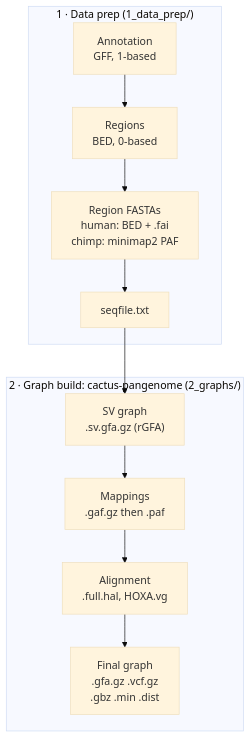
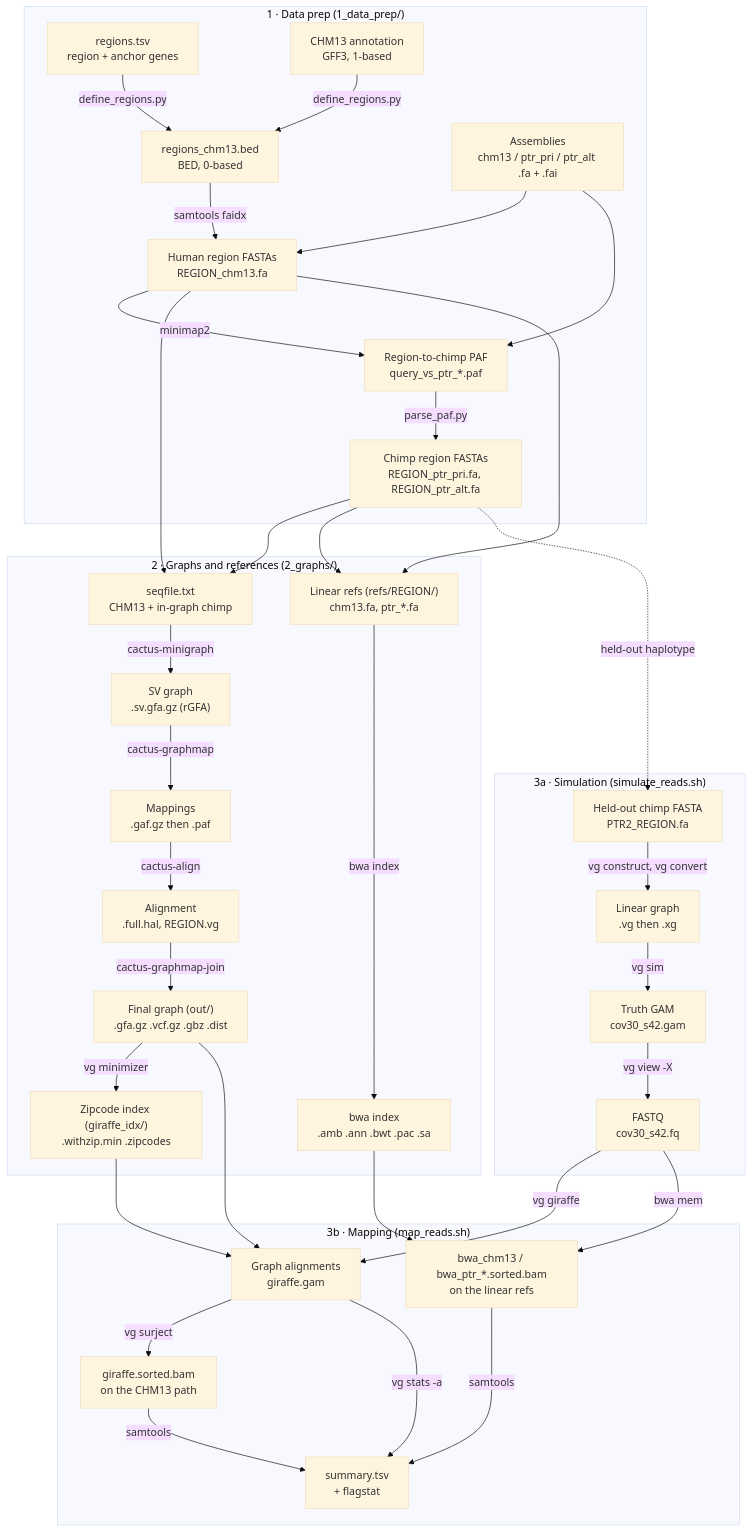
One commit to JacobDiek/pangenome-vilgalys changed the diagram in docs/FILE_TYPES.md. Above: the diagram before and after it, drawn with Mermaid (base theme). The commit also changed other lines of this file and 4 other files, not shown here.

````diff
--- a/docs/FILE_TYPES.md
+++ b/docs/FILE_TYPES.md
@@ -9,10 +9,43 @@
 ```mermaid
 flowchart TB
   subgraph prep["1 · Data prep (1_data_prep/)"]
-    gff["Annotation<br/>GFF, 1-based"] --> bed["Regions<br/>BED, 0-based"] --> rfa["Region FASTAs<br/>human: BED + .fai<br/>chimp: minimap2 PAF"] --> seq["seqfile.txt"]
+    rtsv["regions.tsv<br/>region + anchor genes"] -->|define_regions.py| bed["regions_chm13.bed<br/>BED, 0-based"]
+    gff["CHM13 annotation<br/>GFF3, 1-based"] -->|define_regions.py| bed
+    asm["Assemblies<br/>chm13 / ptr_pri / ptr_alt .fa + .fai"]
+    bed -->|samtools faidx| hfa["Human region FASTAs<br/>REGION_chm13.fa"]
+    asm --> hfa
+    hfa -->|minimap2| paf["Region-to-chimp PAF<br/>query_vs_ptr_*.paf"]
+    asm --> paf
+    paf -->|parse_paf.py| cfa["Chimp region FASTAs<br/>REGION_ptr_pri.fa, REGION_ptr_alt.fa"]
   end
-  subgraph build["2 · Graph build: cactus-pangenome (2_graphs/)"]
-    sv["SV graph<br/>.sv.gfa.gz (rGFA)"] --> maps["Mappings<br/>.gaf.gz then .paf"] --> aln["Alignment<br/>.full.hal, HOXA.vg"] --> fin["Final graph<br/>.gfa.gz .vcf.gz<br/>.gbz .min .dist"]
+  subgraph build["2 · Graphs and references (2_graphs/)"]
+    seq["seqfile.txt<br/>CHM13 + in-graph chimp"] -->|cactus-minigraph| sv["SV graph<br/>.sv.gfa.gz (rGFA)"]
+    sv -->|cactus-graphmap| maps["Mappings<br/>.gaf.gz then .paf"]
+    maps -->|cactus-align| aln["Alignment<br/>.full.hal, REGION.vg"]
+    aln -->|cactus-graphmap-join| fin["Final graph (out/)<br/>.gfa.gz .vcf.gz .gbz .dist"]
+    fin -->|vg minimizer| zidx["Zipcode index (giraffe_idx/)<br/>.withzip.min .zipcodes"]
+    lref["Linear refs (refs/REGION/)<br/>chm13.fa, ptr_*.fa"] -->|bwa index| bidx["bwa index<br/>.amb .ann .bwt .pac .sa"]
   end
-  seq --> sv
+  subgraph sim["3a · Simulation (simulate_reads.sh)"]
+    held["Held-out chimp FASTA<br/>PTR2_REGION.fa"] -->|vg construct, vg convert| xg["Linear graph<br/>.vg then .xg"]
+    xg -->|vg sim| sgam["Truth GAM<br/>cov30_s42.gam"]
+    sgam -->|vg view -X| fq["FASTQ<br/>cov30_s42.fq"]
+  end
+  subgraph mapping["3b · Mapping (map_reads.sh)"]
+    ggam["Graph alignments<br/>giraffe.gam"] -->|vg surject| gbam["giraffe.sorted.bam<br/>on the CHM13 path"]
+    bbam["bwa_chm13 / bwa_ptr_*.sorted.bam<br/>on the linear refs"]
+    gbam -->|samtools| summ["summary.tsv<br/>+ flagstat"]
+    bbam -->|samtools| summ
+    ggam -->|vg stats -a| summ
+  end
+  hfa --> seq
+  cfa --> seq
+  hfa --> lref
+  cfa --> lref
+  cfa -.->|held-out haplotype| held
+  fq -->|vg giraffe| ggam
+  fin --> ggam
+  zidx --> ggam
+  fq -->|bwa mem| bbam
+  bidx --> bbam
 ```
````
